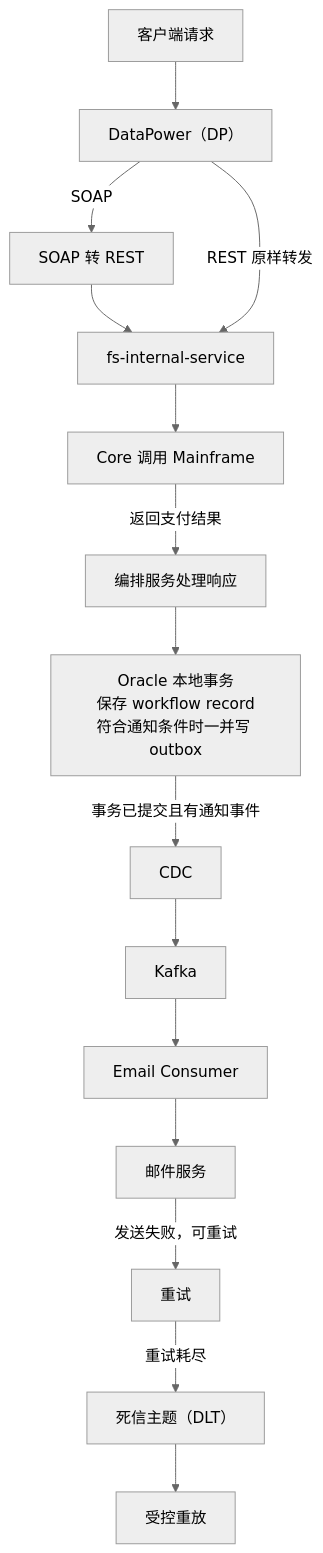
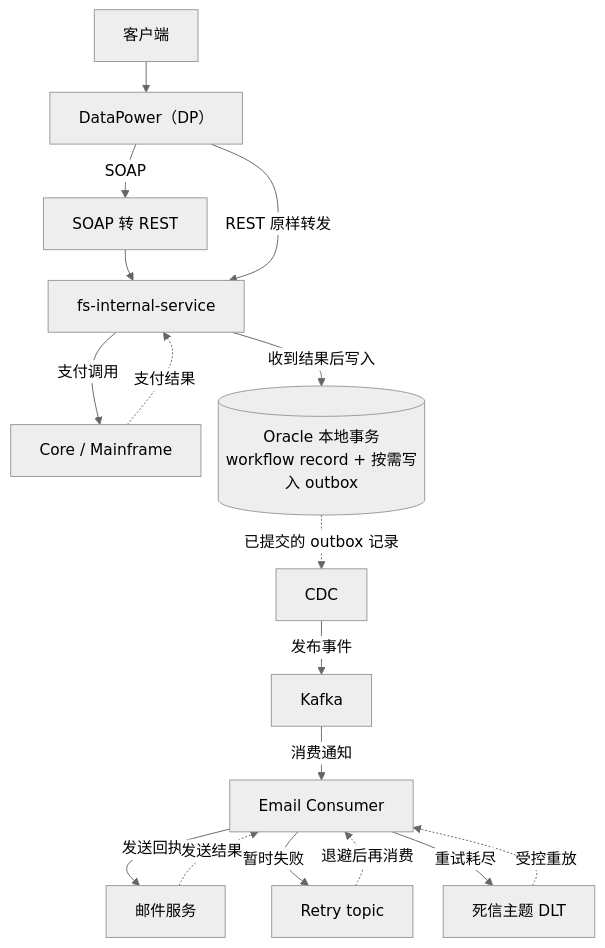
Before and after one commit to ChrisZZhong/zhichengzhong: the second of 2 diagrams in _posts/Interviews/2026-11-17-MadisonDavisProjectInterview.md, drawn with Mermaid (neutral theme). The commit also changed other lines of this file, not shown here.

Commit message:
Show ECWS request responses and email recovery loops

````diff
--- a/_posts/Interviews/2026-11-17-MadisonDavisProjectInterview.md
+++ b/_posts/Interviews/2026-11-17-MadisonDavisProjectInterview.md
@@ -35,17 +43,22 @@
 ```mermaid
+%%{init: {"flowchart": {"nodeSpacing": 18, "rankSpacing": 32}} }%%
 flowchart TD
-    req["客户端请求"] --> dp["DataPower（DP）"]
-    dp -->|SOAP| translate["SOAP 转 REST"]
-    translate --> service["fs-internal-service"]
+    client["客户端"] --> dp["DataPower（DP）"]
+    dp -->|SOAP| translator["SOAP 转 REST"]
+    translator --> service["fs-internal-service"]
     dp -->|REST 原样转发| service
-    service --> core["Core 调用 Mainframe"]
-    core -->|返回支付结果| result["编排服务处理响应"]
-    result --> txn["Oracle 本地事务<br/>保存 workflow record<br/>符合通知条件时一并写 outbox"]
-    txn -->|事务已提交且有通知事件| cdc["CDC"]
-    cdc --> kafka["Kafka"]
-    kafka --> consumer["Email Consumer"]
-    consumer --> mail["邮件服务"]
-    mail -->|发送失败，可重试| retry["重试"]
-    retry -->|重试耗尽| dlt["死信主题（DLT）"]
-    dlt --> replay["受控重放"]
+    service -->|支付调用| core["Core / Mainframe"]
+    core -.->|支付结果| service
+    service -->|收到结果后写入| db[("Oracle 本地事务<br/>workflow record + 按需写入 outbox")]
+
+    db -.->|已提交的 outbox 记录| cdc["CDC"]
+    cdc -->|发布事件| kafka["Kafka"]
+    kafka -->|消费通知| consumer["Email Consumer"]
+    consumer -->|发送回执| mail["邮件服务"]
+    mail -.->|发送结果| consumer
+
+    consumer -->|暂时失败| retry["Retry topic"]
+    retry -.->|退避后再消费| consumer
+    consumer -->|重试耗尽| dlt["死信主题 DLT"]
+    dlt -.->|受控重放| consumer
 ```
````
